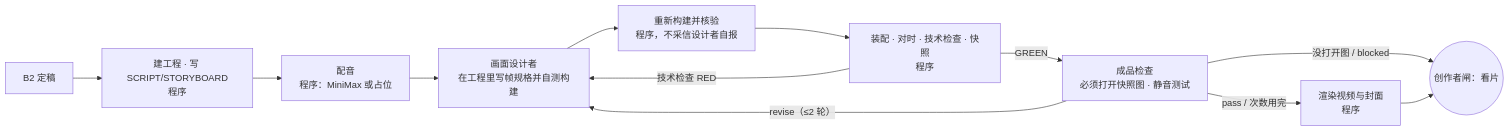
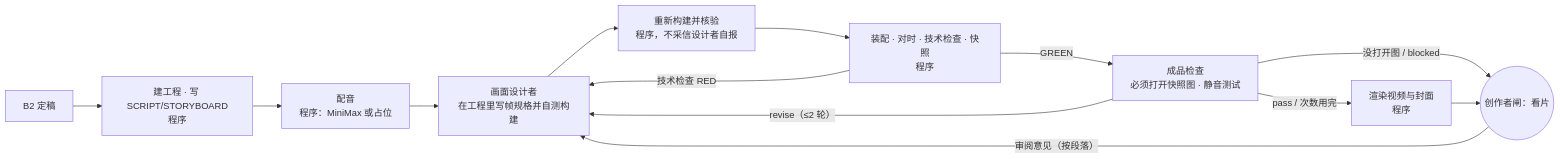
One commit to cyl19970726/creator-lab changed the diagram in workbenches/creation/docs/workflows/stages/b3.md. Above: the diagram before and after it, drawn with Mermaid. The commit also changed other lines of this file and 2 other files, not shown here.

````diff
--- a/workbenches/creation/docs/workflows/stages/b3.md
+++ b/workbenches/creation/docs/workflows/stages/b3.md
@@ -13,13 +13,14 @@
 ```mermaid
 flowchart LR
   S[B2 定稿] --> P[建工程 · 写 SCRIPT/STORYBOARD<br/>程序]
   P --> V[配音<br/>程序：MiniMax 或占位]
   V --> D[画面设计者<br/>在工程里写帧规格并自测构建]
   D --> B[重新构建并核验<br/>程序，不采信设计者自报]
   B --> A[装配 · 对时 · 技术检查 · 快照<br/>程序]
   A -- 技术检查 RED --> D
   A -- GREEN --> I[成品检查<br/>必须打开快照图 · 静音测试]
   I -- revise（≤2 轮）--> D
   I -- 没打开图 / blocked --> H
   I -- pass / 次数用完 --> R[渲染视频与封面<br/>程序] --> H((创作者闸：看片))
+  H -- 审阅意见（按段落）--> D
 ```
````
